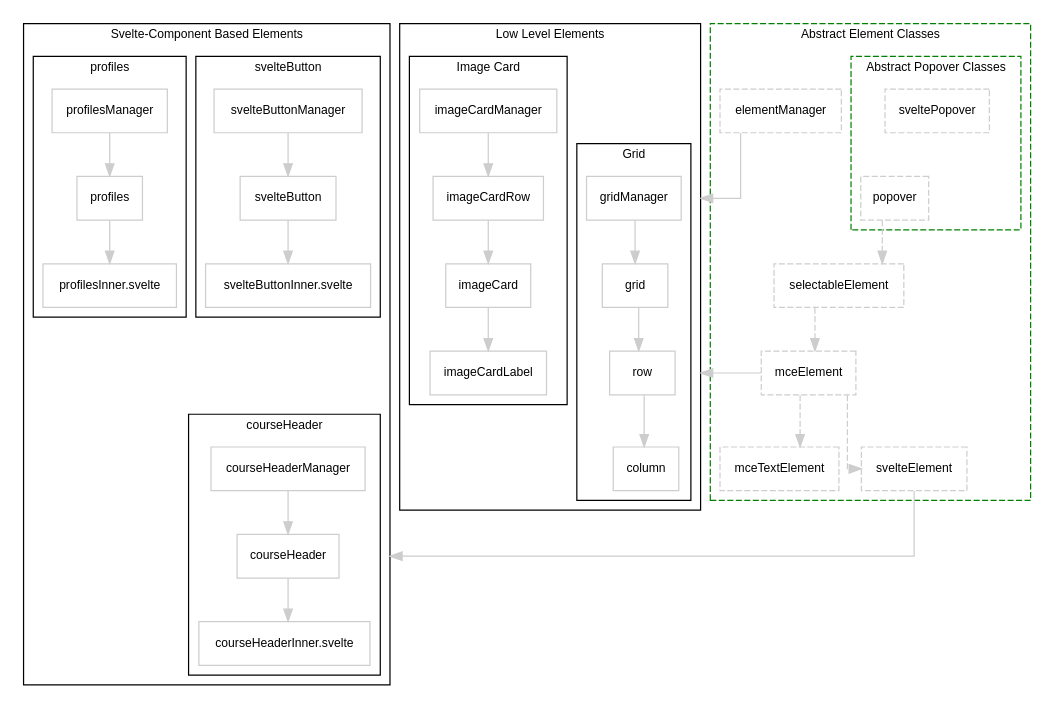
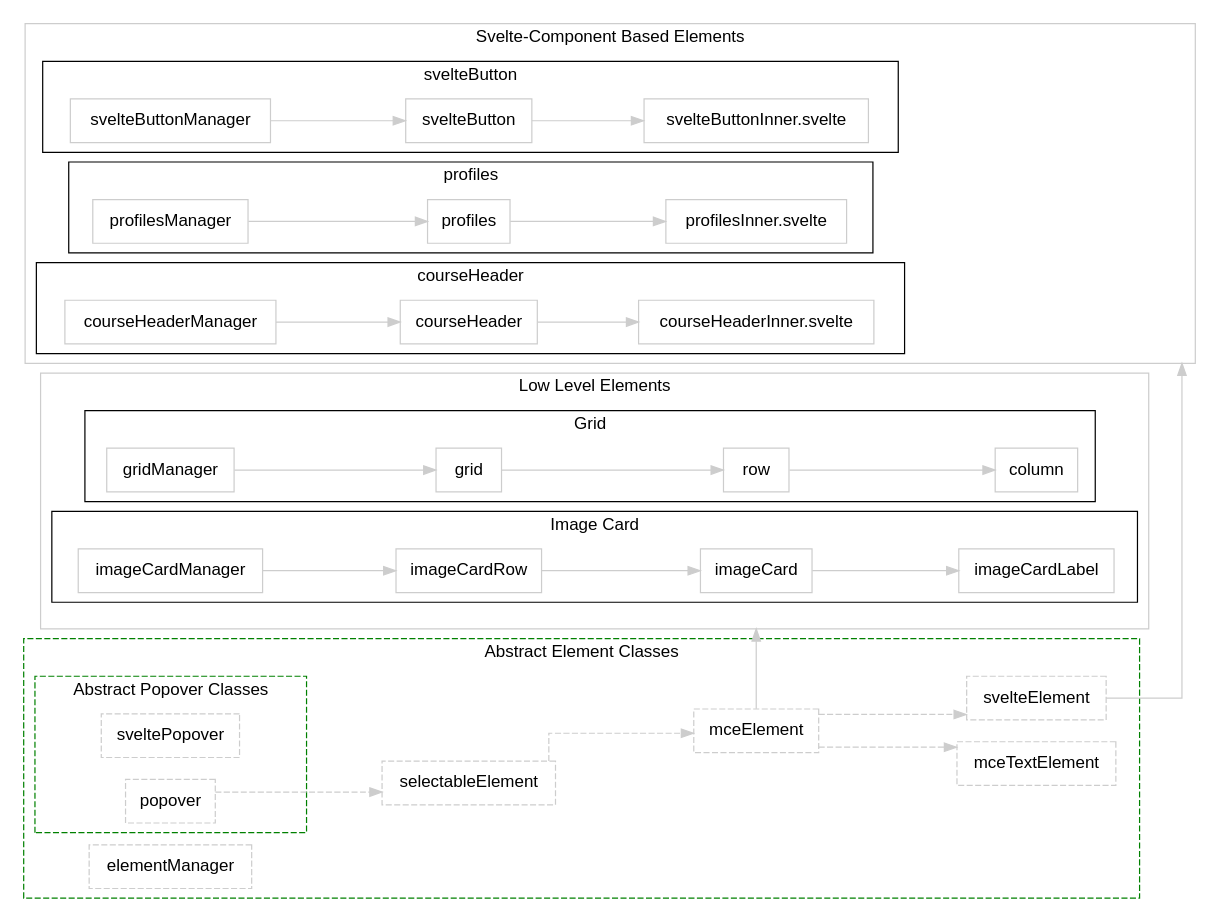
The diagram in docs/assets/elements.gv (Ranga-Auaha-Ako/canvas-design-blocks), drawn with Graphviz before and after one commit. The commit also changed 2 other files, not shown here.

Commit message:
Update elements SVG, improve documentation of .env

```diff
--- a/docs/assets/elements.gv
+++ b/docs/assets/elements.gv
@@ -1,55 +1,66 @@
 digraph G {
-  graph [fontsize = 10; fontname = "Helvetica"; splines = ortho; overlap = false;];
-  node [shape = box; fontname = "Helvetica"; fontsize = 10; color = "#cdcdcd";];
-  edge [fontsize = 10; fontname = "Helvetica"; weight = 1; color = "#cdcdcd";];
+  graph [fontsize = 14; fontname = "Helvetica"; splines = ortho; overlap = false; ratio = 0.75; rankdir = "LR";];
+  node [shape = box; fontname = "Helvetica"; color = "#cdcdcd";];
+  edge [weight = 1; color = "#cdcdcd";];
   compound = true;
   concentrate = true;
   newrank = true;
   subgraph cluster_generics {
     label = "Abstract Element Classes";
     color = "green";
     style = dashed;
     node [style = dashed;];
     edge [style = dashed;];
     selectableElement -> mceElement;
     mceElement -> mceTextElement;
     mceElement -> svelteElement;
     elementManager;
     subgraph cluster_popover {
       label = "Abstract Popover Classes";
       sveltePopover;
       popover;
     }
     popover -> selectableElement;
   }
-  subgraph cluster_lowlevel {
-    label = "Low Level Elements";
-    subgraph cluster_grid {
-      gridManager -> grid -> row -> column;
-      label = "Grid";
+  subgraph implemented {
+    color = "#cdcdcd";
+    subgraph cluster_lowlevel {
+      label = "Low Level Elements";
+      subgraph cluster_grid {
+        color = "black";
+        gridManager -> grid -> row -> column;
+        label = "Grid";
+      }
+      subgraph cluster_imageCard {
+        color = "black";
+        imageCardManager -> imageCardRow -> imageCard -> imageCardLabel;
+        label = "Image Card";
+      }
+      // Invisible nodes to make the edges look nice
+      lowLevel [shape = point;style = invis;];
     }
-    subgraph cluster_imageCard {
-      imageCardManager -> imageCardRow -> imageCard -> imageCardLabel;
-      label = "Image Card";
+    subgraph cluster_highlevel {
+      label = "Svelte-Component Based Elements";
+      
+      subgraph "cluster_svelteButton" {
+        color = "black";
+        svelteButtonManager -> svelteButton -> "svelteButtonInner.svelte";
+        label = "svelteButton";
+      }
+      subgraph "cluster_profiles" {
+        color = "black";
+        profilesManager -> profiles -> "profilesInner.svelte";
+        label = "profiles";
+      }
+      subgraph "cluster_courseHeader" {
+        color = "black";
+        courseHeaderManager -> courseHeader -> "courseHeaderInner.svelte";
+        label = "courseHeader";
+      }
+      // Invisible nodes to make the edges look nice
+      highLevel [shape = point;style = invis;];
     }
   }
-  subgraph cluster_highlevel {
-    label = "Svelte-Component Based Elements";
-    
-    subgraph "cluster_svelteButton" {
-      svelteButtonManager -> svelteButton -> "svelteButtonInner.svelte";
-      label = "svelteButton";
-    }
-    subgraph "cluster_profiles" {
-      profilesManager -> profiles -> "profilesInner.svelte";
-      label = "profiles";
-    }
-    subgraph "cluster_courseHeader" {
-      courseHeaderManager -> courseHeader -> "courseHeaderInner.svelte";
-      label = "courseHeader";
-    }
-  }
-  mceElement -> column [lhead = "cluster_lowlevel";];
-  svelteElement -> courseHeader [lhead = "cluster_highlevel";];
-  elementManager -> gridManager [lhead = "cluster_lowlevel";];
+  mceElement -> lowLevel [lhead = "cluster_lowlevel";];
+  svelteElement -> highLevel [lhead = "cluster_highlevel";];
 }
```
